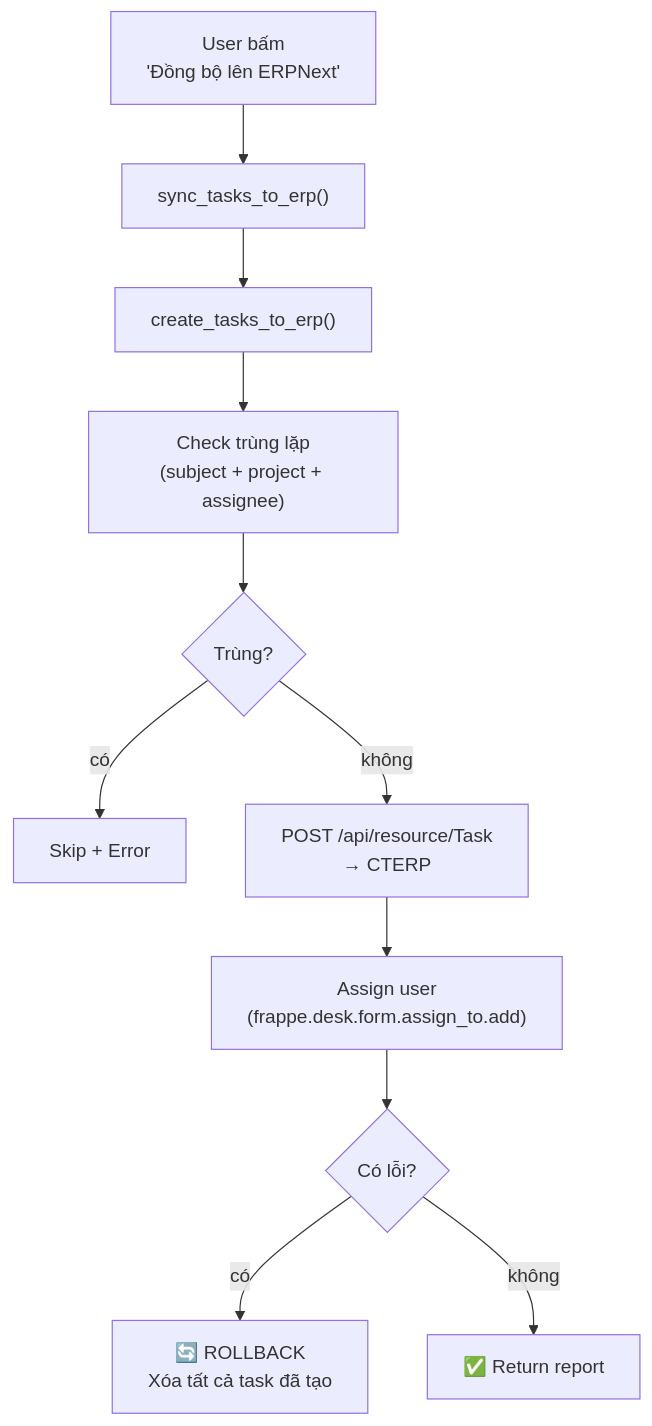
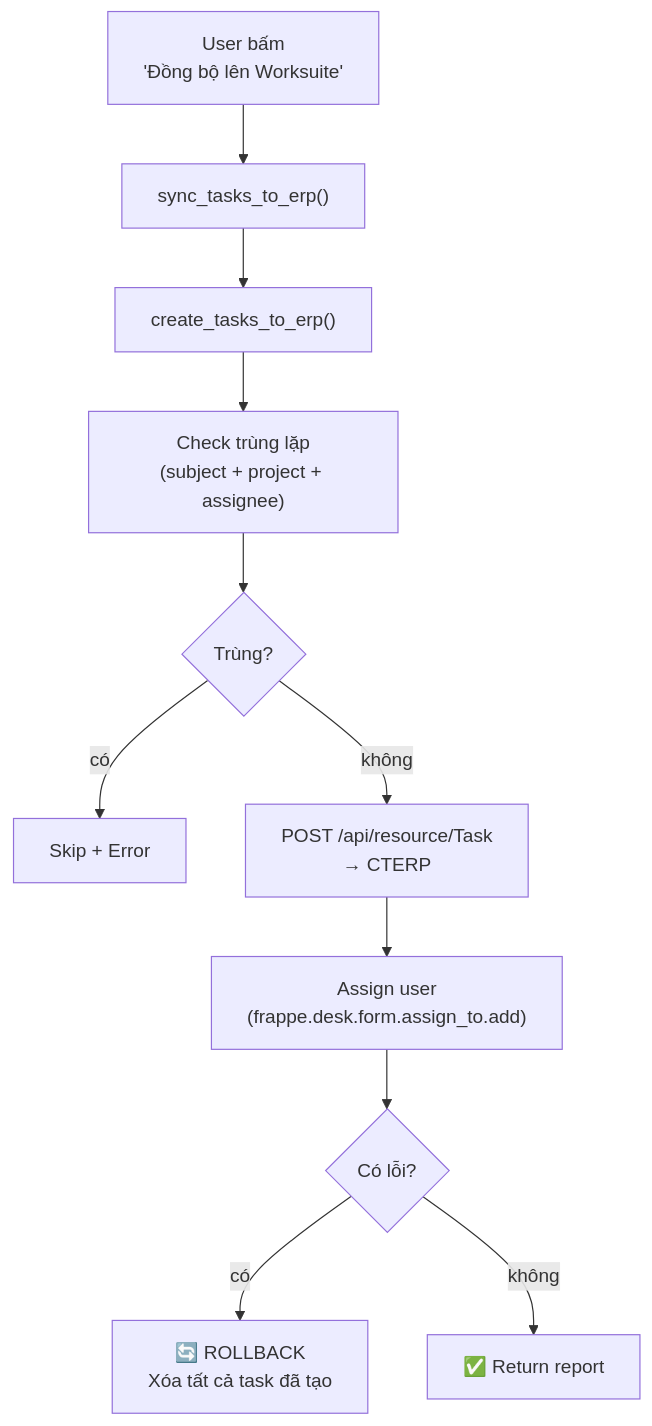
The seventh of 11 diagrams in docs/system_analysis_report.md (qh-fol-in-luv-w-data/ai-voice-transcription-worksuite), drawn with Mermaid before and after one commit. The commit also changed 11 other files, not shown here.

````diff
--- a/docs/system_analysis_report.md
+++ b/docs/system_analysis_report.md
@@ -288,13 +288,13 @@
 ```mermaid
 flowchart TD
-    A["User bấm\n'Đồng bộ lên ERPNext'"] --> B["sync_tasks_to_erp()"]
+    A["User bấm\n'Đồng bộ lên Worksuite'"] --> B["sync_tasks_to_erp()"]
     B --> C["create_tasks_to_erp()"]
     C --> D["Check trùng lặp\n(subject + project + assignee)"]
     D --> E{"Trùng?"}
     E -->|có| F["Skip + Error"]
     E -->|không| G["POST /api/resource/Task\n→ CTERP"]
     G --> H["Assign user\n(frappe.desk.form.assign_to.add)"]
     H --> I{"Có lỗi?"}
     I -->|có| J["🔄 ROLLBACK\nXóa tất cả task đã tạo"]
     I -->|không| K["✅ Return report"]
 ```
````
